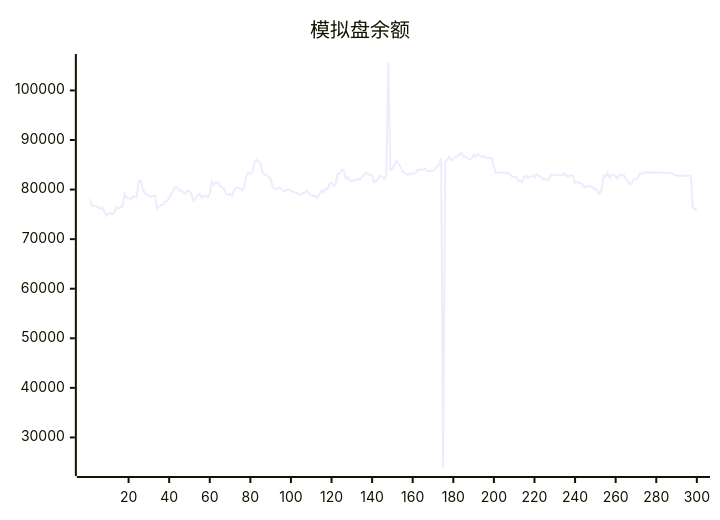
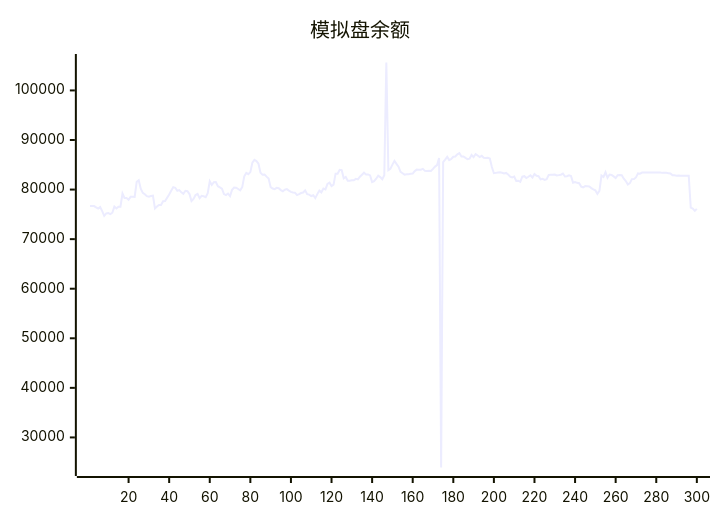
The diagram in README.md (aahl/ai-trading), drawn with Mermaid before and after one commit. The commit also changed other lines of this file and 1 other file, not shown here.

````diff
--- a/README.md
+++ b/README.md
@@ -5,5 +5,5 @@
 ```mermaid
 xychart
     title "模拟盘余额"
-    line [78106,76678,76677,76672,76411,76159,76485,75656,74695,75197,75246,75052,75334,76564,76179,76553,76551,79196,78300,78300,77944,78531,78531,78521,81564,81884,80160,79335,79055,78675,78580,78708,78764,76179,76586,76902,76876,77658,77669,78346,79023,79769,80497,80366,79761,79896,79448,79126,79749,79658,79097,77695,78114,78888,79126,78249,78738,78653,78478,79271,81680,80923,81488,81527,80681,80455,80190,79084,78879,79193,78686,79954,80403,80374,80118,79848,80491,82665,83351,83098,83525,85430,85983,85737,85221,83378,83014,83043,82613,82216,80477,80208,80081,80348,80277,79894,79670,79965,80093,79786,79542,79406,79371,78893,79087,79304,79406,79841,79072,78978,78696,78846,78272,79085,79787,79442,80198,80031,81120,81379,80718,80985,83214,83212,83993,83921,82270,82547,81776,81776,81866,81866,82158,82061,82596,83000,83408,83041,83050,82858,81503,81691,82188,82812,82517,82092,82901,105633,83898,84180,85030,85781,85178,84604,83569,83298,83008,83093,83107,83175,83228,83729,84025,84017,84019,84177,83775,83762,83785,83738,84160,84639,84939,86370,23934,85548,86046,86599,85942,86161,86622,86664,87115,87369,86666,86685,86384,86152,86243,86969,86548,87164,86885,86566,86809,86427,86348,86417,86273,84538,83299,83369,83430,83490,83404,83270,83362,83056,82605,82459,82614,81734,81788,81551,82598,82702,82320,82580,82878,82426,83139,82778,82686,82056,82166,81963,82110,82951,82983,82984,83038,82838,82915,82998,83235,82642,82682,82858,82746,81396,81512,81362,81277,80600,80461,80699,80673,80616,80288,80038,79836,79142,79722,82837,82533,83480,82366,83032,82960,82654,82330,82883,82934,82901,82188,81728,81005,81298,82110,82135,82449,83264,83203,83440,83439,83440,83440,83446,83447,83448,83447,83448,83449,83369,83369,83369,83313,83256,82872,82873,82801,82844,82785,82791,82791,82793,82794,76339,76145,75714]
+    line [76678,76677,76672,76411,76159,76485,75656,74695,75197,75246,75052,75334,76564,76179,76553,76551,79196,78300,78300,77944,78531,78531,78521,81564,81884,80160,79335,79055,78675,78580,78708,78764,76179,76586,76902,76876,77658,77669,78346,79023,79769,80497,80366,79761,79896,79448,79126,79749,79658,79097,77695,78114,78888,79126,78249,78738,78653,78478,79271,81680,80923,81488,81527,80681,80455,80190,79084,78879,79193,78686,79954,80403,80374,80118,79848,80491,82665,83351,83098,83525,85430,85983,85737,85221,83378,83014,83043,82613,82216,80477,80208,80081,80348,80277,79894,79670,79965,80093,79786,79542,79406,79371,78893,79087,79304,79406,79841,79072,78978,78696,78846,78272,79085,79787,79442,80198,80031,81120,81379,80718,80985,83214,83212,83993,83921,82270,82547,81776,81776,81866,81866,82158,82061,82596,83000,83408,83041,83050,82858,81503,81691,82188,82812,82517,82092,82901,105633,83898,84180,85030,85781,85178,84604,83569,83298,83008,83093,83107,83175,83228,83729,84025,84017,84019,84177,83775,83762,83785,83738,84160,84639,84939,86370,23934,85548,86046,86599,85942,86161,86622,86664,87115,87369,86666,86685,86384,86152,86243,86969,86548,87164,86885,86566,86809,86427,86348,86417,86273,84538,83299,83369,83430,83490,83404,83270,83362,83056,82605,82459,82614,81734,81788,81551,82598,82702,82320,82580,82878,82426,83139,82778,82686,82056,82166,81963,82110,82951,82983,82984,83038,82838,82915,82998,83235,82642,82682,82858,82746,81396,81512,81362,81277,80600,80461,80699,80673,80616,80288,80038,79836,79142,79722,82837,82533,83480,82366,83032,82960,82654,82330,82883,82934,82901,82188,81728,81005,81298,82110,82135,82449,83264,83203,83440,83439,83440,83440,83446,83447,83448,83447,83448,83449,83369,83369,83369,83313,83256,82872,82873,82801,82844,82785,82791,82791,82793,82794,76339,76145,75714,76110]
 ```
````
